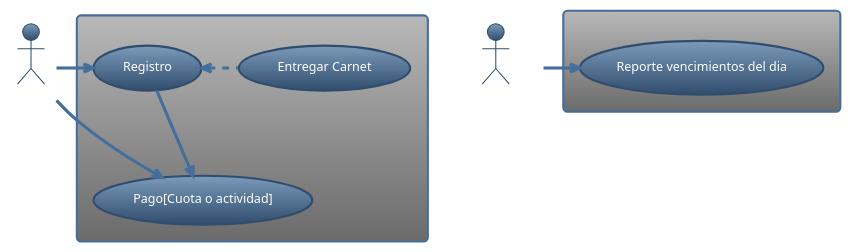
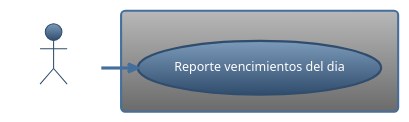
The second of 2 diagrams in tpi/usecase.adoc (itfs29/2024-modelado), drawn with PlantUML before and after one commit. The commit also changed other lines of this file and 4 other files, not shown here.

```diff
--- a/tpi/usecase.adoc
+++ b/tpi/usecase.adoc
@@ -65,27 +60,15 @@
 [plantuml, target=infr956822819, svg]
 ....
 @startuml
 
 !theme spacelab
 
-:Cliente: as cli
 :Administrativo: as adm
-
-rectangle {
-    (Registro) as (reg)
-    (Pago[Cuota o actividad]) as (pago)
-    (Entregar Carnet) as (entcar)
-}
-
-(cli) -r-> (reg)
-(reg) --> (pago)
-(reg) <.r. (entcar)
-(cli) -r-> (pago)
 
 rectangle {
     (Reporte vencimientos del dia) as (vendia)
     (adm) -r-> (vendia)
 }
 
 @enduml
 ....
```
